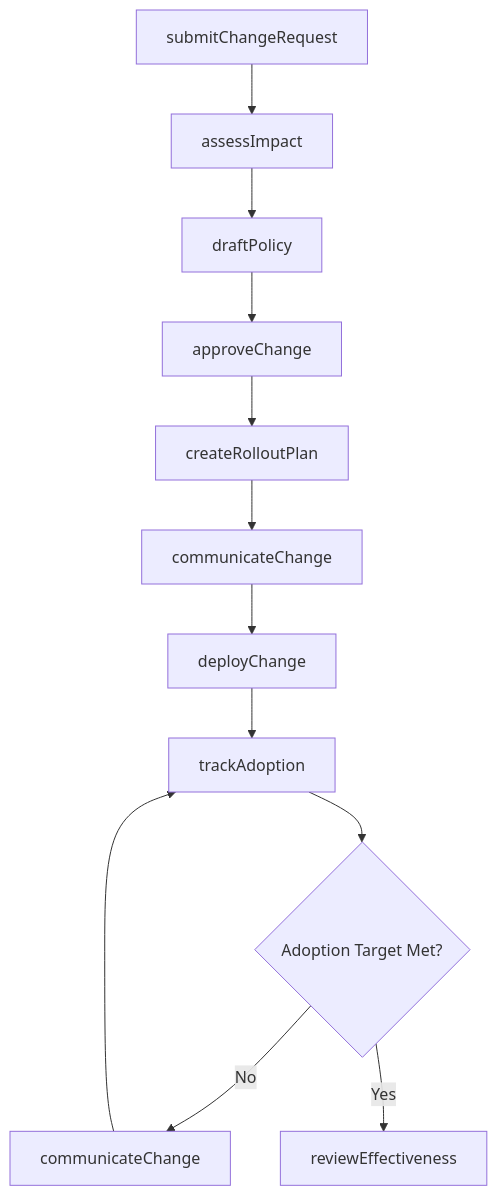
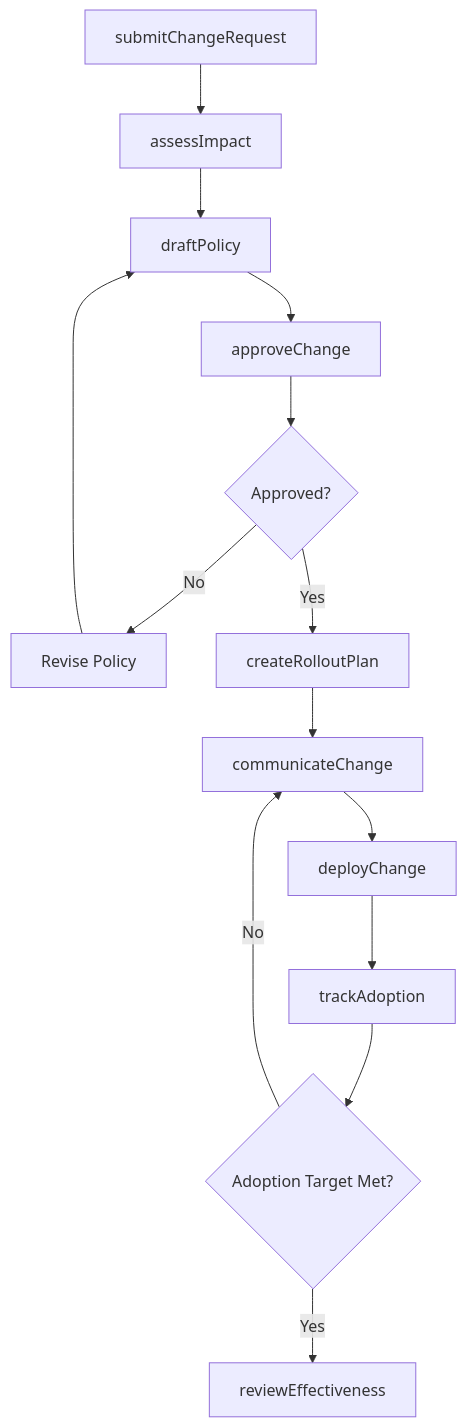
Before and after one commit to dot-org-ai/tasks.org.ai: the third of 4 diagrams in MakingDecisionsAndSolvingProblems/ImplementProceduresOrProcesses/ImplementOrganizationalProcessPolicyChanges.mdx, drawn with Mermaid. The commit also changed other lines of this file and 266 other files, not shown here.

First line of the commit message:
feat: Add ER diagrams, state diagrams to wave 2 batch (251 DWA files)

````diff
--- a/MakingDecisionsAndSolvingProblems/ImplementProceduresOrProcesses/ImplementOrganizationalProcessPolicyChanges.mdx
+++ b/MakingDecisionsAndSolvingProblems/ImplementProceduresOrProcesses/ImplementOrganizationalProcessPolicyChanges.mdx
@@ -96,14 +126,16 @@
 ```mermaid
 graph TD
     A[submitChangeRequest] --> B[assessImpact]
     B --> C[draftPolicy]
     C --> D[approveChange]
-    D --> E[createRolloutPlan]
-    E --> F[communicateChange]
-    F --> G[deployChange]
-    G --> H[trackAdoption]
-    H --> I{Adoption Target Met?}
-    I -->|No| J[communicateChange]
-    J --> H
-    I -->|Yes| K[reviewEffectiveness]
+    D --> E{Approved?}
+    E -->|No| F[Revise Policy]
+    F --> C
+    E -->|Yes| G[createRolloutPlan]
+    G --> H[communicateChange]
+    H --> I[deployChange]
+    I --> J[trackAdoption]
+    J --> K{Adoption Target Met?}
+    K -->|No| H
+    K -->|Yes| L[reviewEffectiveness]
 ```
````
